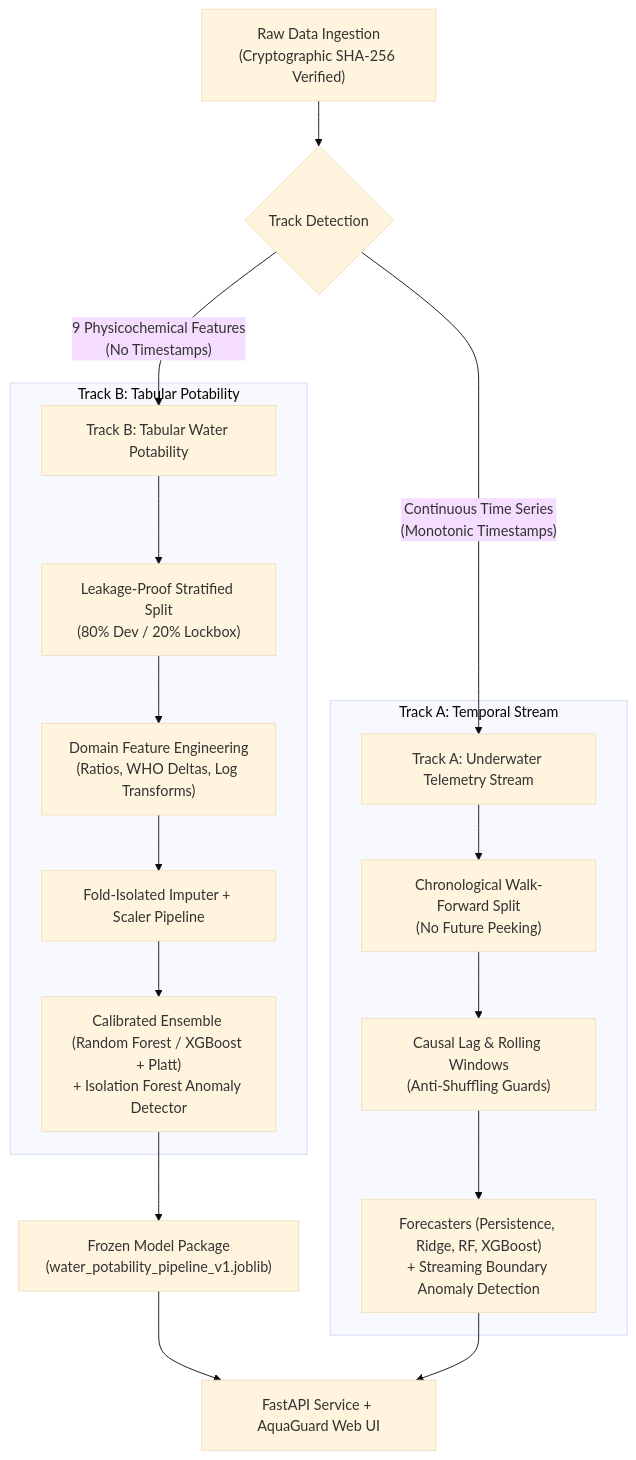
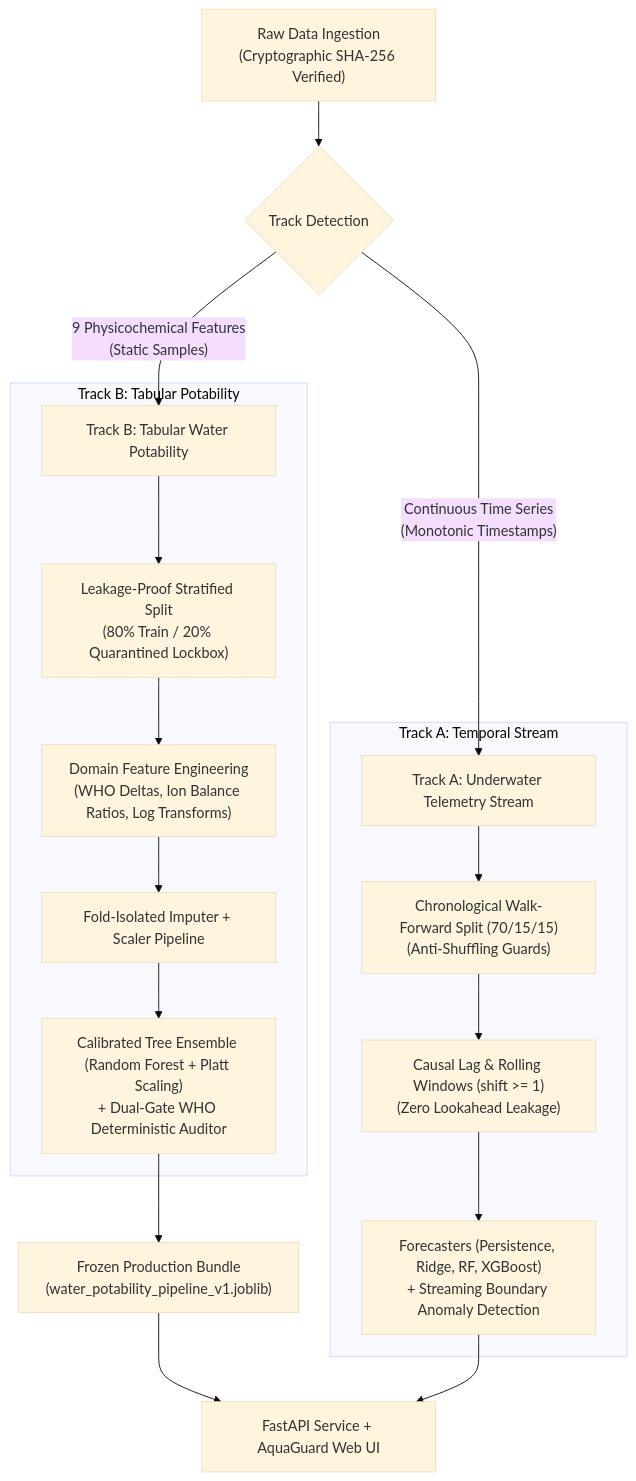
Before and after one commit to DurgaPavan0923/RajanaDurgaPavanKumar_C1_ONLINETIHIITG: the diagram in README.md, drawn with Mermaid (base theme). The commit also changed other lines of this file and 134 other files, not shown here.

Commit message:
feat(repo): restructure to Day_X_Task_Y architecture and add smoke test suite

````diff
--- a/README.md
+++ b/README.md
@@ -41,24 +59,24 @@
 ```mermaid
 flowchart TD
     Raw["Raw Data Ingestion\n(Cryptographic SHA-256 Verified)"] --> TrackCheck{"Track Detection"}
     
-    TrackCheck -->|"9 Physicochemical Features\n(No Timestamps)"| TrackB["Track B: Tabular Water Potability"]
+    TrackCheck -->|"9 Physicochemical Features\n(Static Samples)"| TrackB["Track B: Tabular Water Potability"]
     TrackCheck -->|"Continuous Time Series\n(Monotonic Timestamps)"| TrackA["Track A: Underwater Telemetry Stream"]
     
     subgraph Track_B ["Track B: Tabular Potability"]
-        TrackB --> PreB["Leakage-Proof Stratified Split\n(80% Dev / 20% Lockbox)"]
-        PreB --> FE_B["Domain Feature Engineering\n(Ratios, WHO Deltas, Log Transforms)"]
+        TrackB --> PreB["Leakage-Proof Stratified Split\n(80% Train / 20% Quarantined Lockbox)"]
+        PreB --> FE_B["Domain Feature Engineering\n(WHO Deltas, Ion Balance Ratios, Log Transforms)"]
         FE_B --> PipeB["Fold-Isolated Imputer + Scaler Pipeline"]
-        PipeB --> ModB["Calibrated Ensemble (Random Forest / XGBoost + Platt)\n+ Isolation Forest Anomaly Detector"]
+        PipeB --> ModB["Calibrated Tree Ensemble (Random Forest + Platt Scaling)\n+ Dual-Gate WHO Deterministic Auditor"]
     end
     
     subgraph Track_A ["Track A: Temporal Stream"]
-        TrackA --> PreA["Chronological Walk-Forward Split\n(No Future Peeking)"]
-        PreA --> FE_A["Causal Lag & Rolling Windows\n(Anti-Shuffling Guards)"]
+        TrackA --> PreA["Chronological Walk-Forward Split (70/15/15)\n(Anti-Shuffling Guards)"]
+        PreA --> FE_A["Causal Lag & Rolling Windows (shift >= 1)\n(Zero Lookahead Leakage)"]
         FE_A --> ModA["Forecasters (Persistence, Ridge, RF, XGBoost)\n+ Streaming Boundary Anomaly Detection"]
     end
     
-    ModB --> ProdBundle["Frozen Model Package\n(water_potability_pipeline_v1.joblib)"]
+    ModB --> ProdBundle["Frozen Production Bundle\n(water_potability_pipeline_v1.joblib)"]
     ProdBundle --> Serving["FastAPI Service + AquaGuard Web UI"]
     ModA --> Serving
 ```
````
